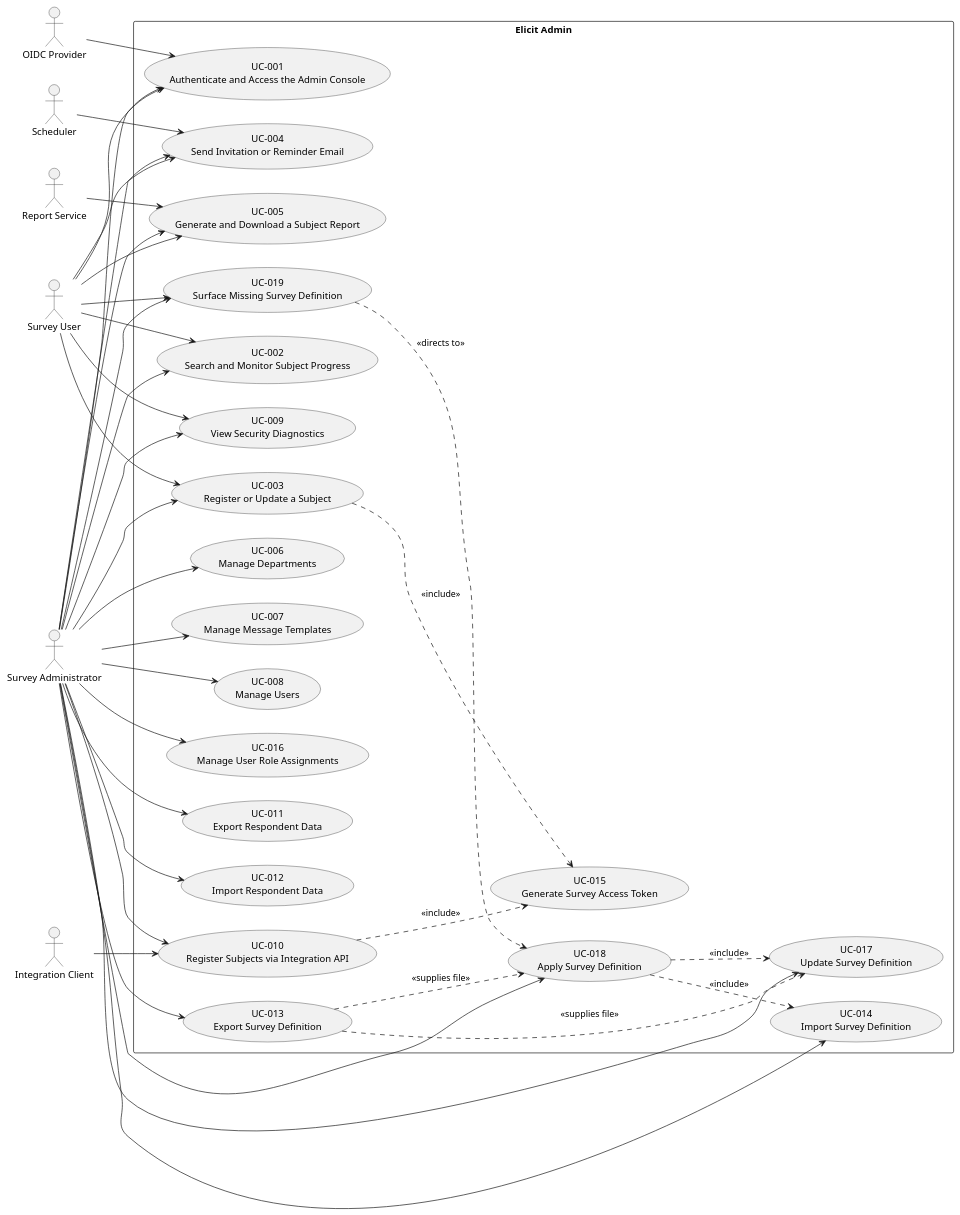
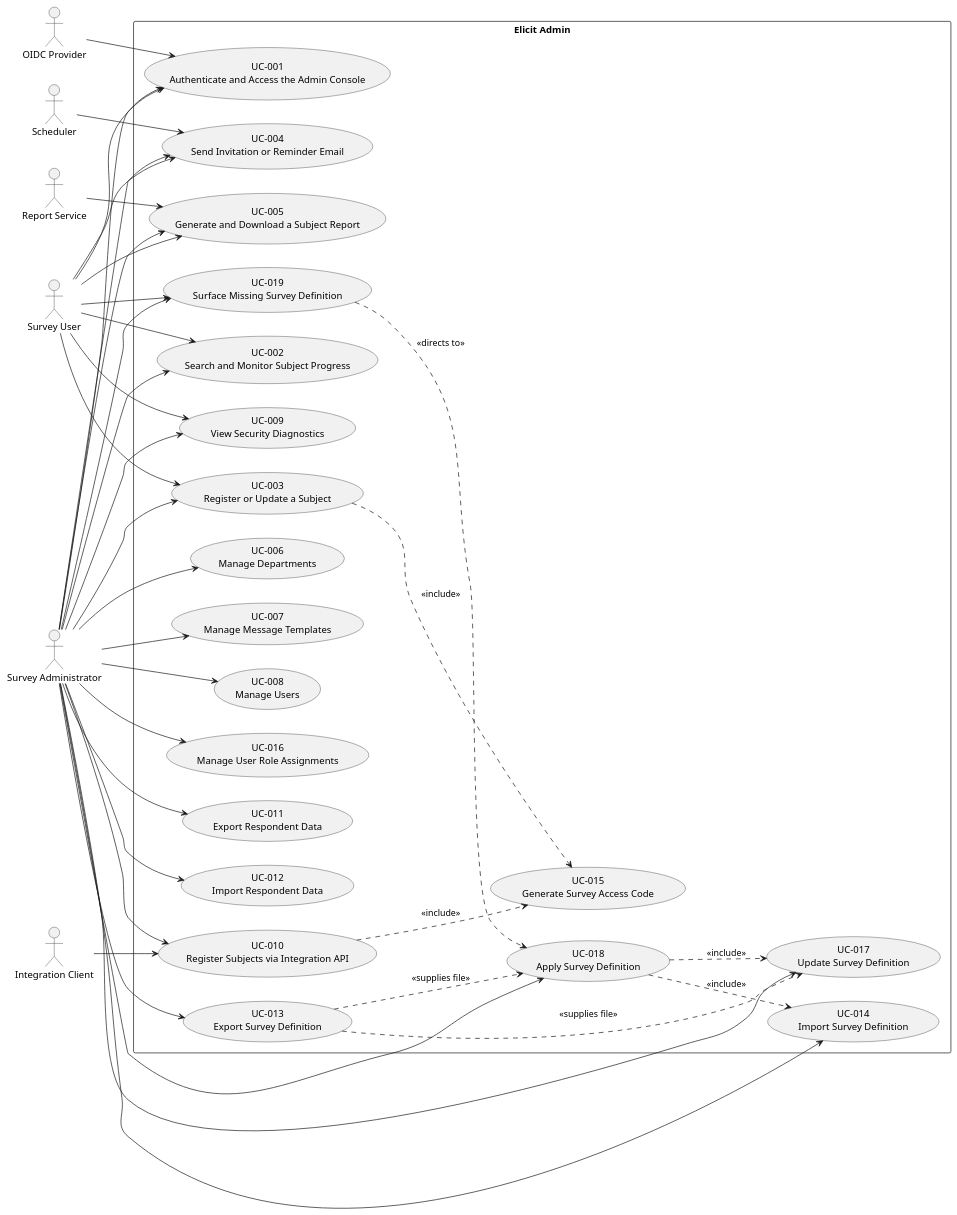
The diagram in docs/use_cases.puml (ElicitSoftware/Admin), drawn with PlantUML before and after one commit. The commit also changed 56 other files, not shown here.

First line of the commit message:
Rename the respondent token to access code

```diff
--- a/docs/use_cases.puml
+++ b/docs/use_cases.puml
@@ -1,86 +1,86 @@
 @startuml Use Cases Overview
 left to right direction
 
 actor "Survey User" as user
 actor "Survey Administrator" as admin
 actor "Integration Client" as importer
 actor "OIDC Provider" as oidc
 actor "Scheduler" as scheduler
 actor "Report Service" as reportsvc
 
 rectangle "Elicit Admin" {
     ' --- Interactive console (user + admin) ---
     usecase "UC-001\nAuthenticate and Access the Admin Console" as UC001
     usecase "UC-002\nSearch and Monitor Subject Progress" as UC002
     usecase "UC-003\nRegister or Update a Subject" as UC003
     usecase "UC-004\nSend Invitation or Reminder Email" as UC004
     usecase "UC-005\nGenerate and Download a Subject Report" as UC005
     usecase "UC-009\nView Security Diagnostics" as UC009
 
     ' --- Administration (admin only) ---
     usecase "UC-006\nManage Departments" as UC006
     usecase "UC-007\nManage Message Templates" as UC007
     usecase "UC-008\nManage Users" as UC008
     usecase "UC-016\nManage User Role Assignments" as UC016
 
     ' --- Integration and data lifecycle ---
     usecase "UC-010\nRegister Subjects via Integration API" as UC010
     usecase "UC-011\nExport Respondent Data" as UC011
     usecase "UC-012\nImport Respondent Data" as UC012
     usecase "UC-013\nExport Survey Definition" as UC013
     usecase "UC-014\nImport Survey Definition" as UC014
     usecase "UC-017\nUpdate Survey Definition" as UC017
     usecase "UC-018\nApply Survey Definition" as UC018
     usecase "UC-019\nSurface Missing Survey Definition" as UC019
 
     ' --- Shared subflow ---
-    usecase "UC-015\nGenerate Survey Access Token" as UC015
+    usecase "UC-015\nGenerate Survey Access Code" as UC015
 }
 
 ' Survey User
 user --> UC001
 user --> UC002
 user --> UC003
 user --> UC004
 user --> UC005
 user --> UC009
 user --> UC019
 
 ' Administrator (inherits user goals plus administration and data lifecycle)
 admin --> UC001
 admin --> UC002
 admin --> UC003
 admin --> UC004
 admin --> UC005
 admin --> UC006
 admin --> UC007
 admin --> UC008
 admin --> UC016
 admin --> UC009
 admin --> UC010
 admin --> UC011
 admin --> UC012
 admin --> UC013
 admin --> UC014
 admin --> UC017
 admin --> UC018
 admin --> UC019
 
 ' Integration Client
 importer --> UC010
 
 ' External systems
 oidc --> UC001
 scheduler --> UC004
 reportsvc --> UC005
 
 ' Shared subflows
 UC003 ..> UC015 : <<include>>
 UC010 ..> UC015 : <<include>>
 UC013 ..> UC017 : <<supplies file>>
 UC013 ..> UC018 : <<supplies file>>
 UC018 ..> UC014 : <<include>>
 UC018 ..> UC017 : <<include>>
 UC019 ..> UC018 : <<directs to>>
 
 @enduml
```
